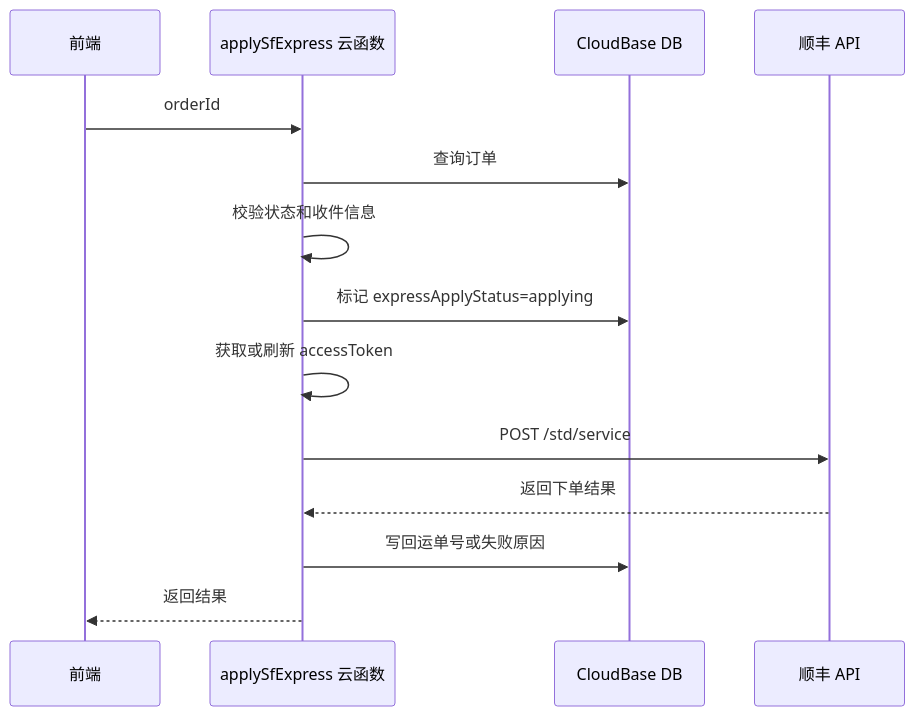
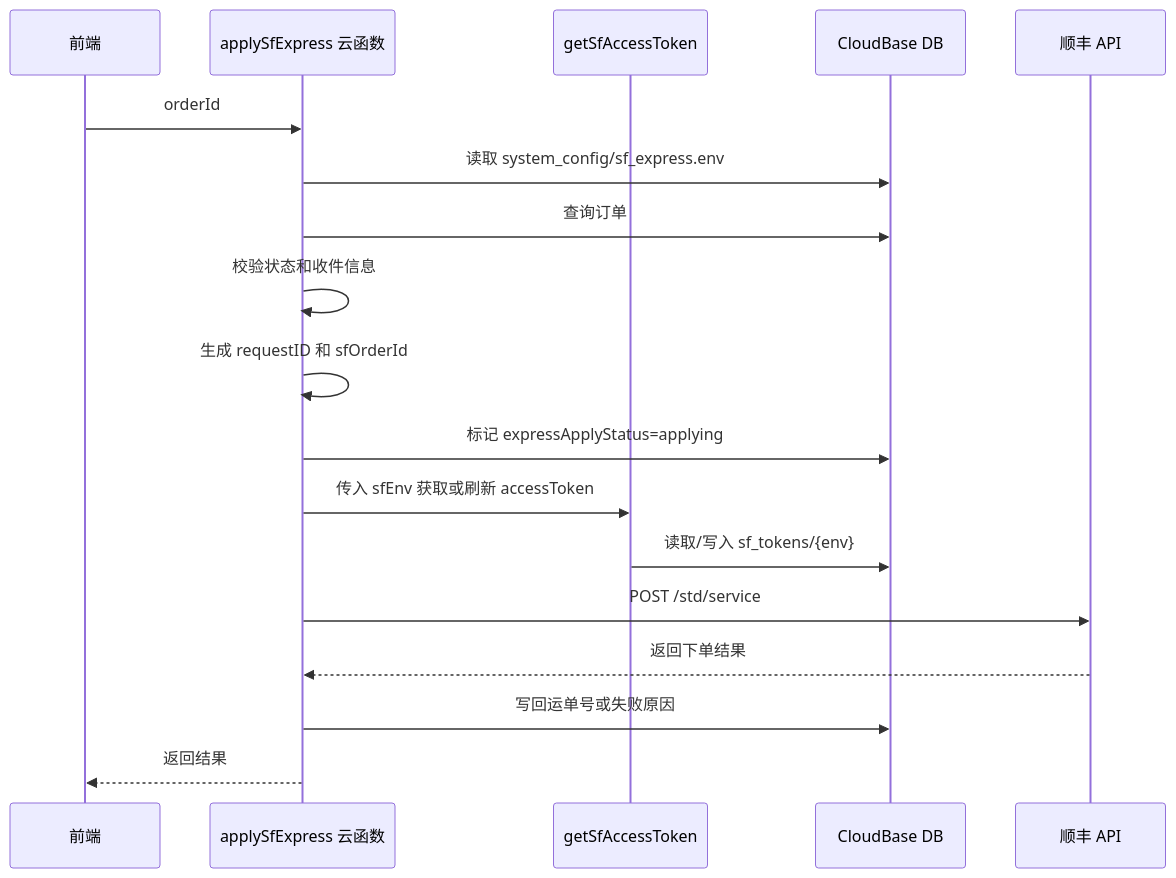
The diagram in docs/顺丰快递对接方案.md (christ-shaw/hc-admin), drawn with Mermaid before and after one commit. The commit also changed other lines of this file and 105 other files, not shown here.

Commit message:
fix(sf): add dynamic env config and flatten functions

````diff
--- a/docs/顺丰快递对接方案.md
+++ b/docs/顺丰快递对接方案.md
@@ -348,17 +365,21 @@
 ```mermaid
 sequenceDiagram
   participant FE as 前端
   participant CF as applySfExpress 云函数
+  participant Token as getSfAccessToken
   participant DB as CloudBase DB
   participant SF as 顺丰 API
 
   FE->>CF: orderId
+  CF->>DB: 读取 system_config/sf_express.env
   CF->>DB: 查询订单
   CF->>CF: 校验状态和收件信息
+  CF->>CF: 生成 requestID 和 sfOrderId
   CF->>DB: 标记 expressApplyStatus=applying
-  CF->>CF: 获取或刷新 accessToken
+  CF->>Token: 传入 sfEnv 获取或刷新 accessToken
+  Token->>DB: 读取/写入 sf_tokens/{env}
   CF->>SF: POST /std/service
   SF-->>CF: 返回下单结果
   CF->>DB: 写回运单号或失败原因
   CF-->>FE: 返回结果
 ```
````
